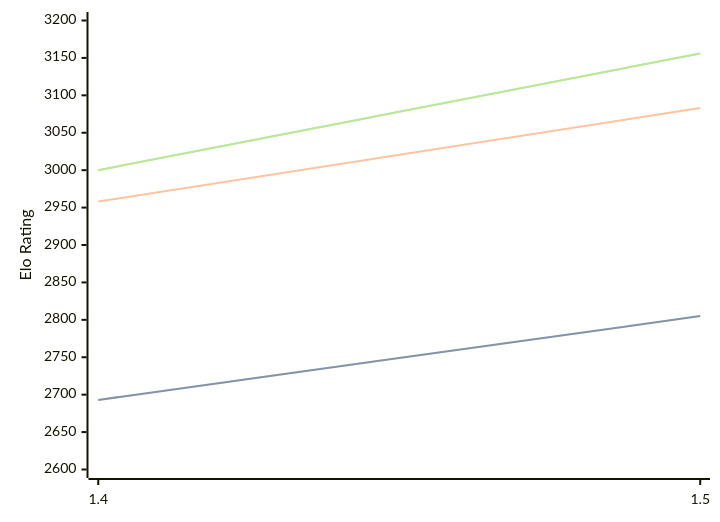
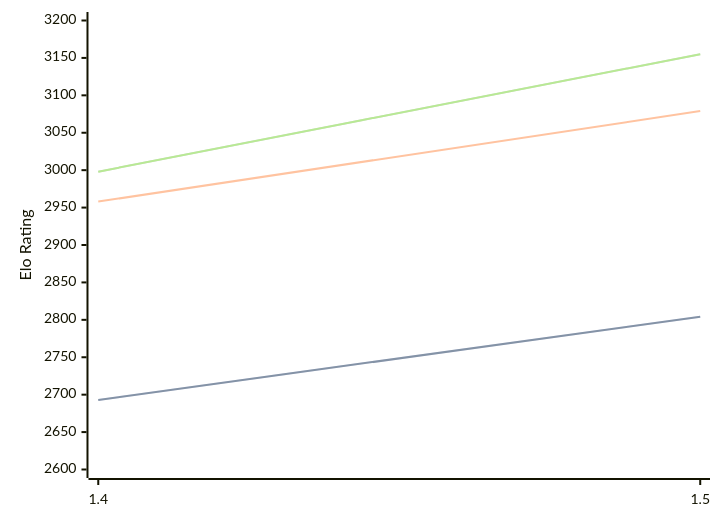
Before and after one commit to computer-chess-index/cci: the diagram in engines/Yakka.md, drawn with Mermaid. The commit also changed other lines of this file, not shown here.

Commit message:
Update CCI Ratings (ELO VLTC) - 2026-03-15

````diff
--- a/engines/Yakka.md
+++ b/engines/Yakka.md
@@ -34,11 +34,11 @@
 ```mermaid
 %%{init: {"theme":"base","themeVariables":{"seriesColors:['#a3a3a3','#222221','#faa371']}}}%%
 xychart-beta
   x-axis ["1.4", "1.5"]
   y-axis "Elo Rating" 2600 --> 3200
-  line "STC (8.0+0.08s)" [2693, 2805]
-  line "STC (8.0+0.08s)" [2693, 2805]
-  line "LTC (60.0+0.60s)" [2958, 3083]
-  line "VLTC (2m24s+1.12s)" [3000, 3156]
-  line "VLTC (2m24s+1.12s)" [3000, 3156]
+  line "STC (8.0+0.08s)" [2693, 2804]
+  line "STC (8.0+0.08s)" [2693, 2804]
+  line "LTC (60.0+0.60s)" [2958, 3079]
+  line "VLTC (2m24s+1.12s)" [2998, 3155]
+  line "VLTC (2m24s+1.12s)" [2998, 3155]
 ```
````
